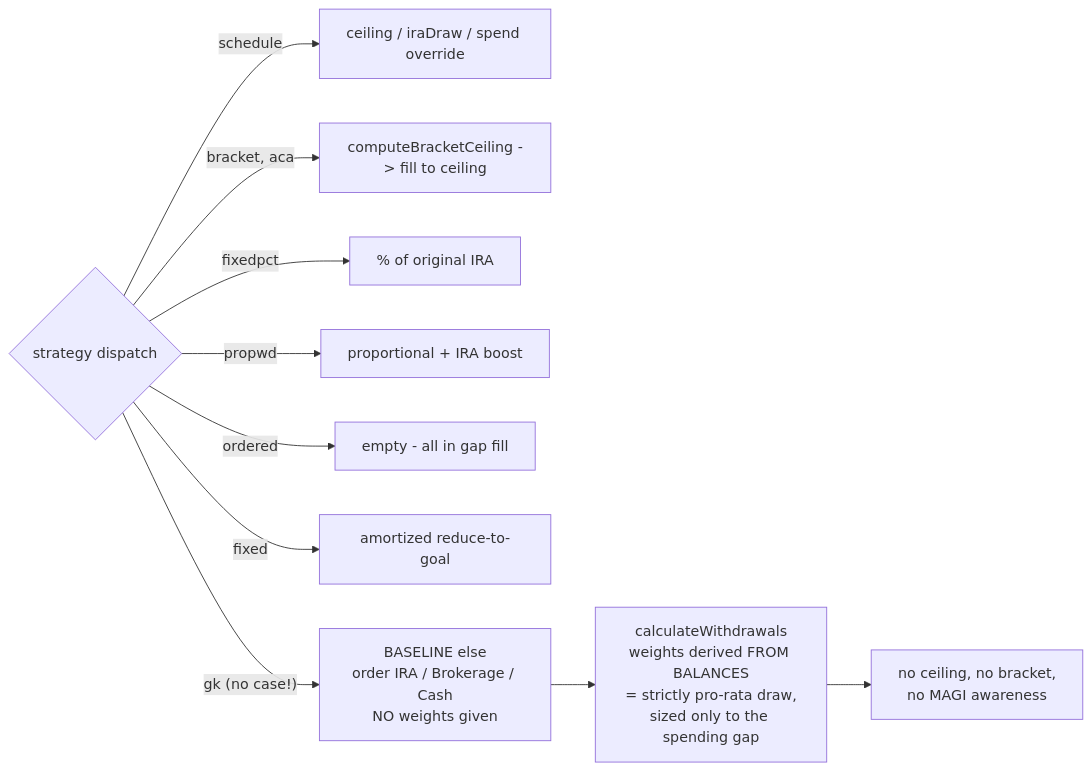
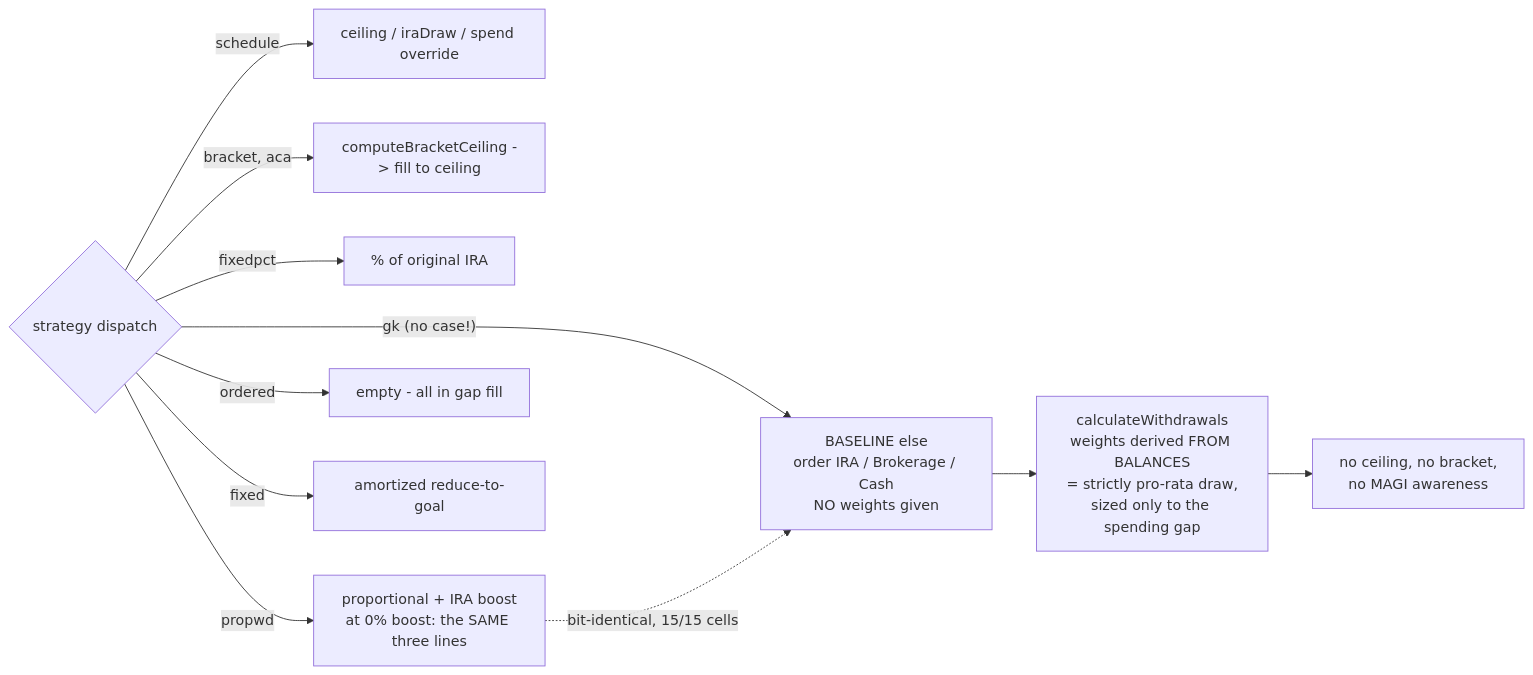
The fifth of 8 diagrams in ARCHITECTURE.md (nightskyguy/retirement_assets), drawn with Mermaid before and after one commit. The commit also changed other lines of this file and 5 other files, not shown here.

````diff
--- a/ARCHITECTURE.md
+++ b/ARCHITECTURE.md
@@ -234,12 +234,13 @@
 ```mermaid
 flowchart LR
     D{"strategy dispatch"} -->|schedule| S1["ceiling / iraDraw / spend override"]
     D -->|bracket, aca| S2["computeBracketCeiling -> fill to ceiling"]
     D -->|fixedpct| S3["% of original IRA"]
-    D -->|propwd| S4["proportional + IRA boost"]
+    D -->|propwd| S4["proportional + IRA boost<br/>at 0% boost: the SAME three lines"]
     D -->|ordered| S5["empty - all in gap fill"]
     D -->|fixed| S6["amortized reduce-to-goal"]
     D -->|"gk (no case!)"| BASE["BASELINE else<br/>order IRA / Brokerage / Cash<br/>NO weights given"]
     BASE --> CW["calculateWithdrawals<br/>weights derived FROM BALANCES<br/>= strictly pro-rata draw,<br/>sized only to the spending gap"]
     CW --> NB["no ceiling, no bracket,<br/>no MAGI awareness"]
+    S4 -.->|"bit-identical, 15/15 cells"| BASE
 ```
````
